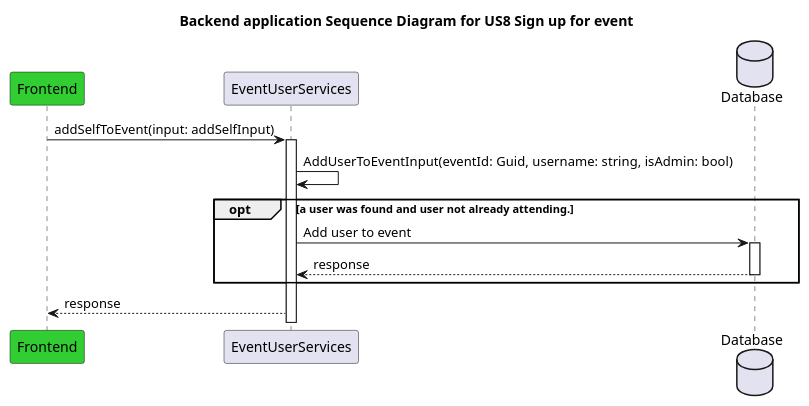
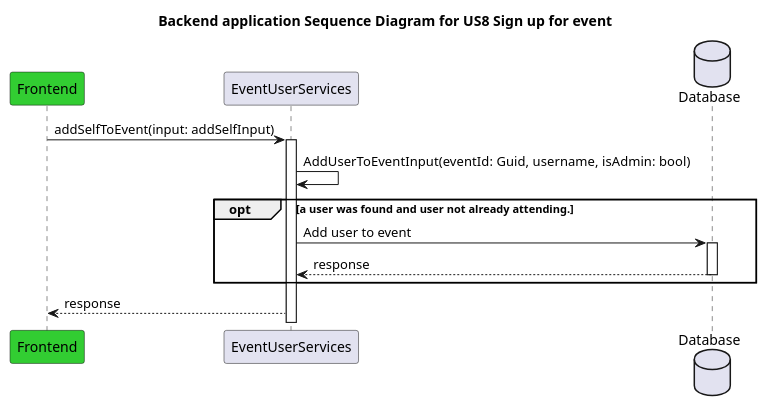
Before and after one commit to oscarboe/Studieforeningskalender_Front_end: the diagram in Tryagain/SQUS8BE.puml, drawn with PlantUML. The commit also changed 38 other files, not shown here.

```diff
--- a/Tryagain/SQUS8BE.puml
+++ b/Tryagain/SQUS8BE.puml
@@ -1,20 +1,20 @@
 @startuml "System sequence diagram for US1, and US2"
 title Backend application Sequence Diagram for US8 Sign up for event
 
 participant "Frontend" as ep #LimeGreen
 participant "EventUserServices" as eus
 database "Database" as db
 
 ep -> eus: addSelfToEvent(input: addSelfInput)
 activate eus
-eus -> eus: AddUserToEventInput(eventId: Guid, username: string,  isAdmin: bool)
+eus -> eus: AddUserToEventInput(eventId: Guid, username,  isAdmin: bool)
 opt a user was found and user not already attending.
 eus -> db : Add user to event 
 activate db
 db --> eus: response
 
 deactivate db
 end opt
 
 eus --> ep: response
 @enduml
```
